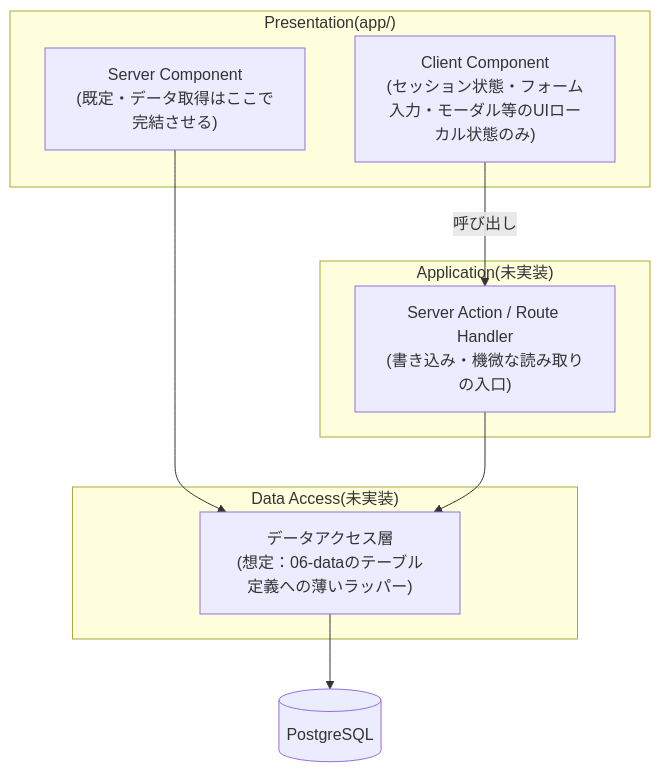
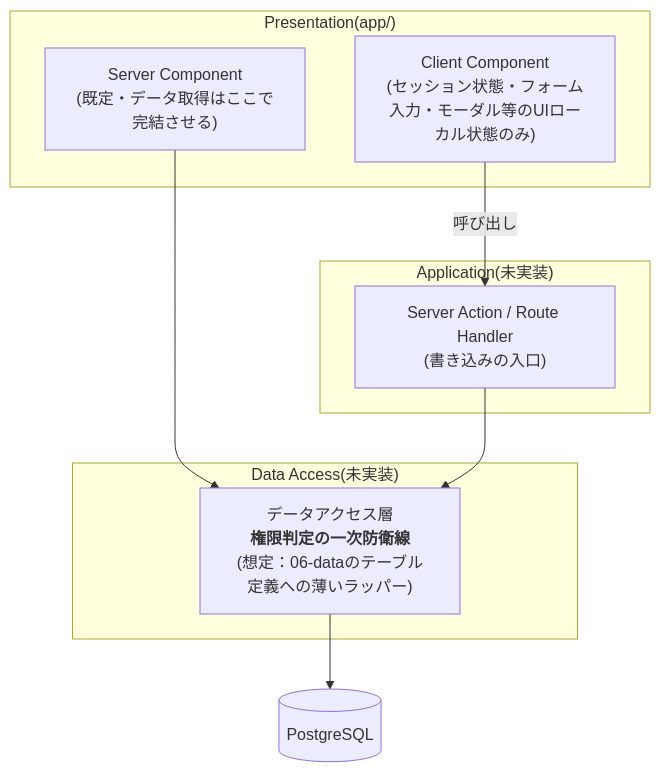
One commit to 250158hj-maker/yse_compass changed the second of 2 diagrams in docs/design/08-architecture.md. Above: the diagram before and after it, drawn with Mermaid. The commit also changed other lines of this file and 6 other files, not shown here.

````diff
--- a/docs/design/08-architecture.md
+++ b/docs/design/08-architecture.md
@@ -89,19 +89,19 @@
 ```mermaid
 flowchart TB
     subgraph "Presentation(app/)"
         SC["Server Component<br/>(既定・データ取得はここで完結させる)"]
         CC["Client Component<br/>(セッション状態・フォーム入力・モーダル等のUIローカル状態のみ)"]
     end
     subgraph "Application(未実装)"
-        SA["Server Action / Route Handler<br/>(書き込み・機微な読み取りの入口)"]
+        SA["Server Action / Route Handler<br/>(書き込みの入口)"]
     end
     subgraph "Data Access(未実装)"
-        Repo["データアクセス層<br/>(想定：06-dataのテーブル定義への薄いラッパー)"]
+        Repo["データアクセス層<br/><b>権限判定の一次防衛線</b><br/>(想定：06-dataのテーブル定義への薄いラッパー)"]
     end
     DB[("PostgreSQL")]
 
     SC --> Repo
     CC -- "呼び出し" --> SA
     SA --> Repo
     Repo --> DB
 ```
````
